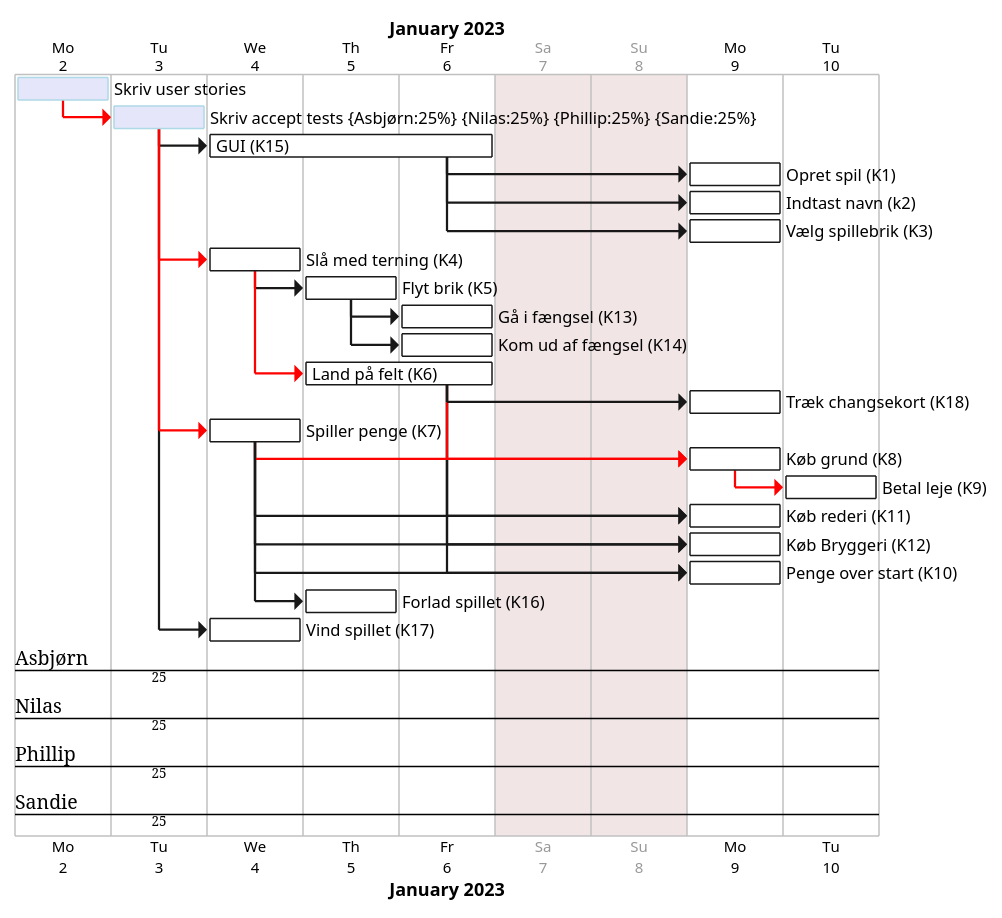
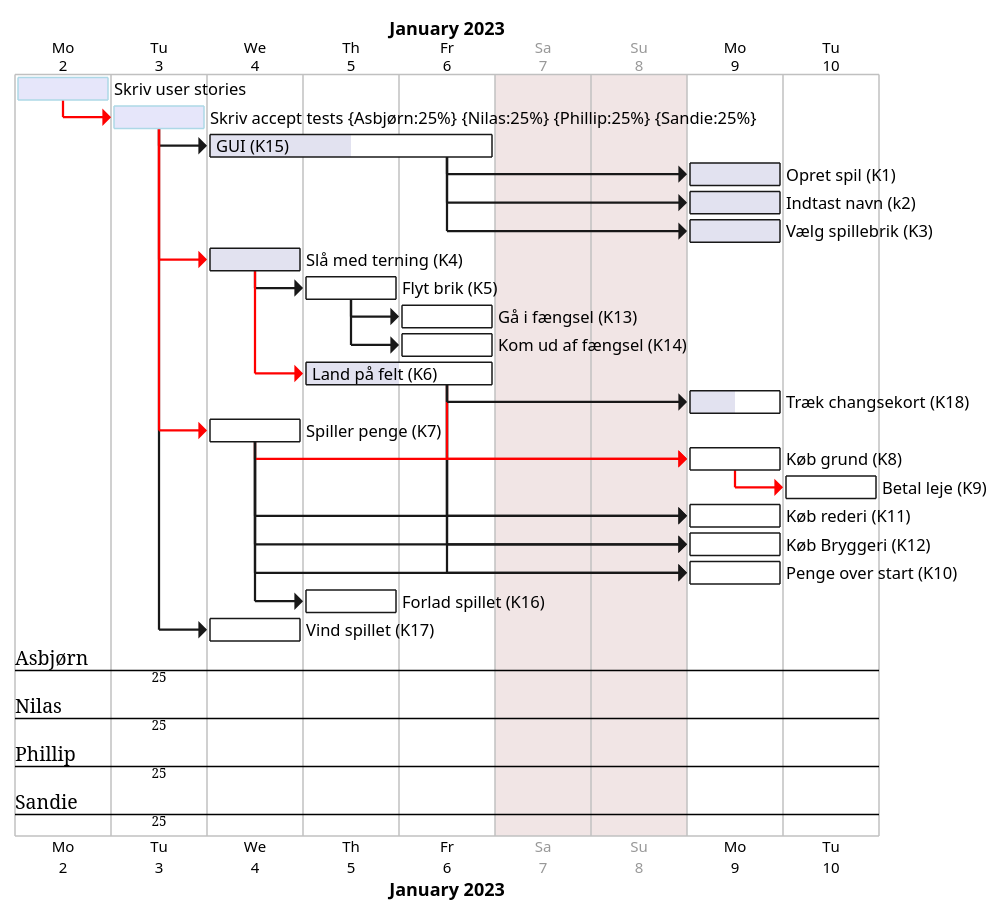
Before and after one commit to Gruppe-10-DTU/CDIO-FINAL: the diagram in src/main/resources/Diagrams/Gantt.puml, drawn with PlantUML.

Commit message:
gantt update 04/01/23

```diff
--- a/src/main/resources/Diagrams/Gantt.puml
+++ b/src/main/resources/Diagrams/Gantt.puml
@@ -1,114 +1,114 @@
 @startgantt
 printscale daily zoom 4
 saturday are closed
 sunday are closed
 
 Project starts the 2nd of january 2023
 
 [Skriv user stories] as [TASK1] lasts 1 days
 [TASK1] is colored in Lavender/LightBlue
 [TASK1] is 100% complete
 
 [Skriv accept tests] as [TASK2] on {Asbjørn:25%} {Nilas:25%} {Phillip:25%} {Sandie:25%} lasts 1 days
 [TASK2] is colored in Lavender/LightBlue
 [TASK2] is 100% complete
 
 [GUI (K15)] as [K15] lasts 3 days
-[K15] is 0% complete
+[K15] is 50% complete
 
 [Opret spil (K1)] as [K1] lasts 1 days
-[K1] is 0% complete
+[K1] is 100% complete
 
 [Indtast navn (k2)] as [K2] lasts 1 days
-[K2] is 0% complete
+[K2] is 100% complete
 
 [Vælg spillebrik (K3)] as [K3] lasts 1 days
-[K3] is 0% complete
+[K3] is 100% complete
 
 
 
 [Slå med terning (K4)] as [K4] lasts 1 days
-[K4] is 0% complete
+[K4] is 100% complete
 
 [Flyt brik (K5)] as [K5] lasts 1 days
 [K5] is 0% complete
 
 
 
 [Gå i fængsel (K13)] as [K13] lasts 1 days
 [K13] is 0% complete
 
 [Kom ud af fængsel (K14)] as [K14] lasts 1 days
 [K14] is 0% complete
 
 [Land på felt (K6)] as [K6] lasts 2 days
-[K6] is 0% complete
+[K6] is 50% complete
 
 [Træk changsekort (K18)] as [K18] lasts 1 days
-[K18] is 0% complete
+[K18] is 50% complete
 
 [Spiller penge (K7)] as [K7] lasts 1 days
 [K7] is 0% complete
 
 [Køb grund (K8)] as [K8] lasts 1 days
 [K8] is 0% complete
 
 
 [Betal leje (K9)] as [K9] lasts 1 days
 [K9] is 0% complete
 
 [Køb rederi (K11)] as [K11] lasts 1 days
 [K11] is 0% complete
 
 [Køb Bryggeri (K12)] as [K12] lasts 1 days
 [K12] is 0% complete
 
 
 
 [Penge over start (K10)] as [K10] lasts 1 days
 [K10] is 0% complete
 
 
 
 
 [Forlad spillet (K16)] as [K16] lasts 1 days
 [K16] is 0% complete
 
 [Vind spillet (K17)] as [K17] lasts 1 days
 [K17] is 0% complete
 
 
 
 
 [TASK1]-[#FF0000]->[TASK2]
 [TASK2]->[K15]
 [TASK2]->[K17]
 
 [TASK2]-[#FF0000]->[K7]
 [TASK2]-[#FF0000]->[K4]
 
 [K15]->[K1]
 [K15]->[K2]
 [K15]->[K3]
 
 [K4]->[K5]
 [K4]-[#FF0000]->[K6]
 
 [K7]->[K11]
 [K6]->[K11]
 [K7]->[K12]
 [K6]->[K12]
 [K7]->[K10]
 [K6]->[K10]
 [K7]-[#FF0000]->[K8]
 [K6]-[#FF0000]->[K8]
 [K6]->[K18]
 
 [K7]->[K16]
 
 [K8]-[#FF0000]->[K9]
 
 [K5]->[K13]
 [K5]->[K14]
 
 @endgantt
```
